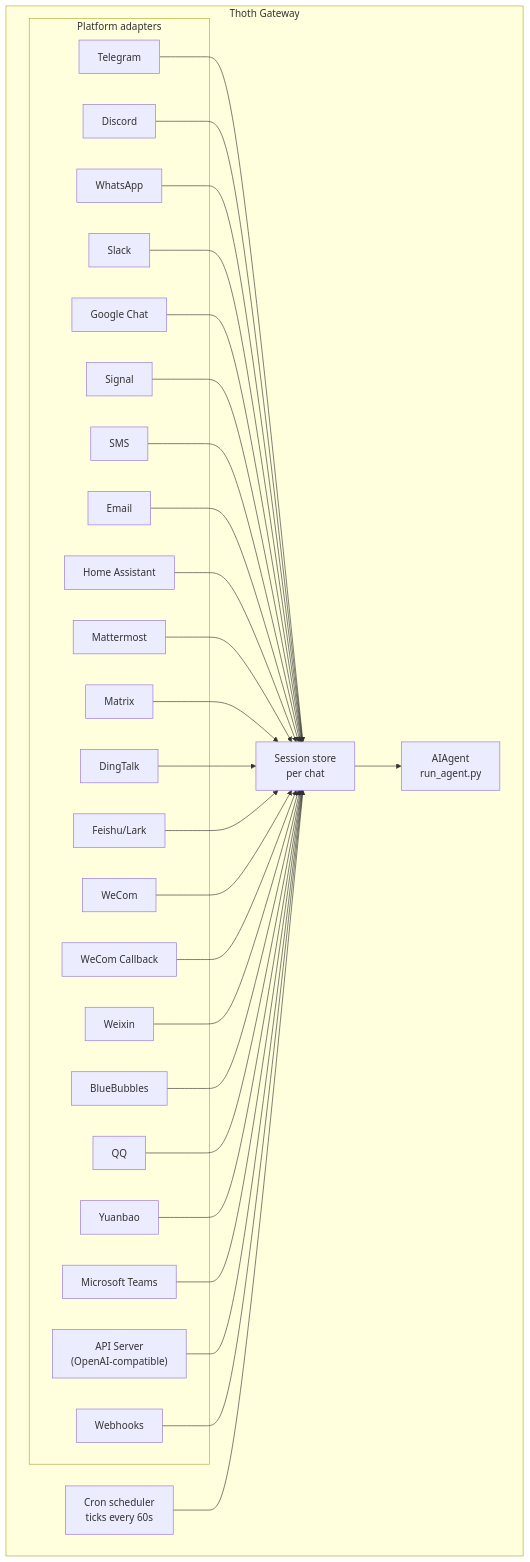
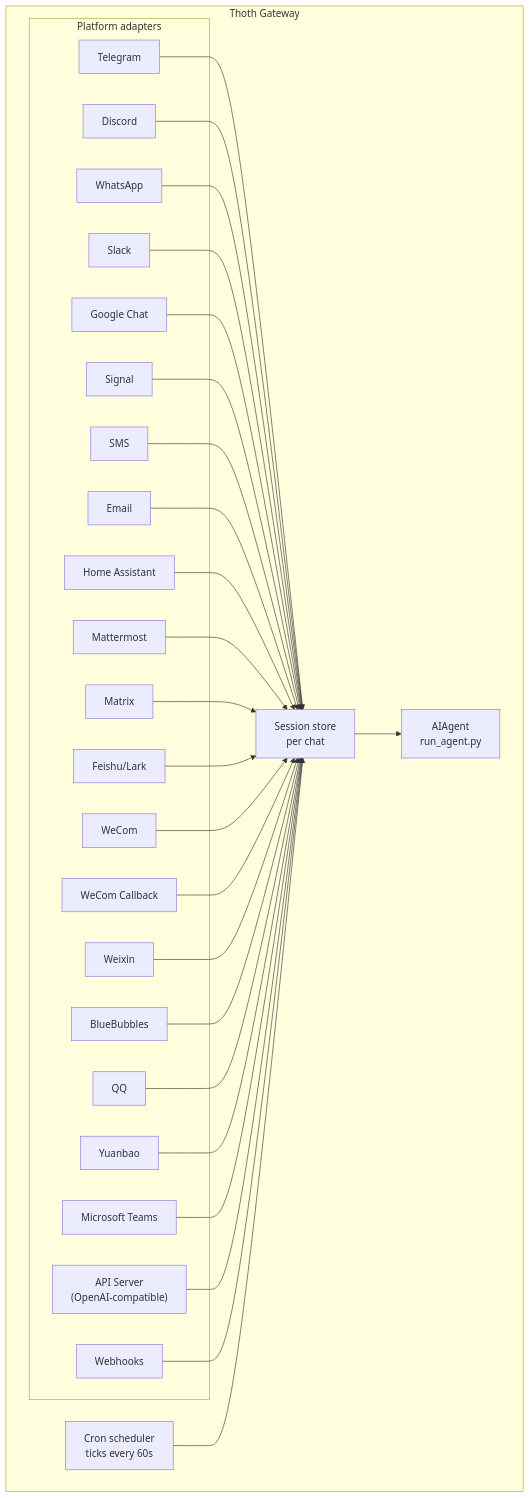
Before and after one commit to 519lab/thoth-agent: the diagram in website/docs/user-guide/messaging/index.md, drawn with Mermaid. The commit also changed other lines of this file and 41 other files, not shown here.

First line of the commit message:
chore(platforms): remove the DingTalk messaging platform (#259)

````diff
--- a/website/docs/user-guide/messaging/index.md
+++ b/website/docs/user-guide/messaging/index.md
@@ -43,58 +42,56 @@
 ```mermaid
 flowchart TB
     subgraph Gateway["Thoth Gateway"]
         subgraph Adapters["Platform adapters"]
             tg[Telegram]
             dc[Discord]
             wa[WhatsApp]
             sl[Slack]
             gc[Google Chat]
             sig[Signal]
             sms[SMS]
             em[Email]
             ha[Home Assistant]
             mm[Mattermost]
             mx[Matrix]
-            dt[DingTalk]
     fs[Feishu/Lark]
     wc[WeCom]
     wcb[WeCom Callback]
     wx[Weixin]
     bb[BlueBubbles]
     qq[QQ]
     yb[Yuanbao]
     ms[Microsoft Teams]
     api["API Server<br/>(OpenAI-compatible)"]
     wh[Webhooks]
         end
 
         store["Session store<br/>per chat"]
         agent["AIAgent<br/>run_agent.py"]
         cron["Cron scheduler<br/>ticks every 60s"]
     end
 
     tg --> store
     dc --> store
     wa --> store
     sl --> store
     gc --> store
     sig --> store
     sms --> store
     em --> store
     ha --> store
     mm --> store
     mx --> store
-    dt --> store
     fs --> store
     wc --> store
     wcb --> store
     wx --> store
     bb --> store
     qq --> store
     yb --> store
     ms --> store
     api --> store
     wh --> store
     store --> agent
     cron --> store
 ```
````
